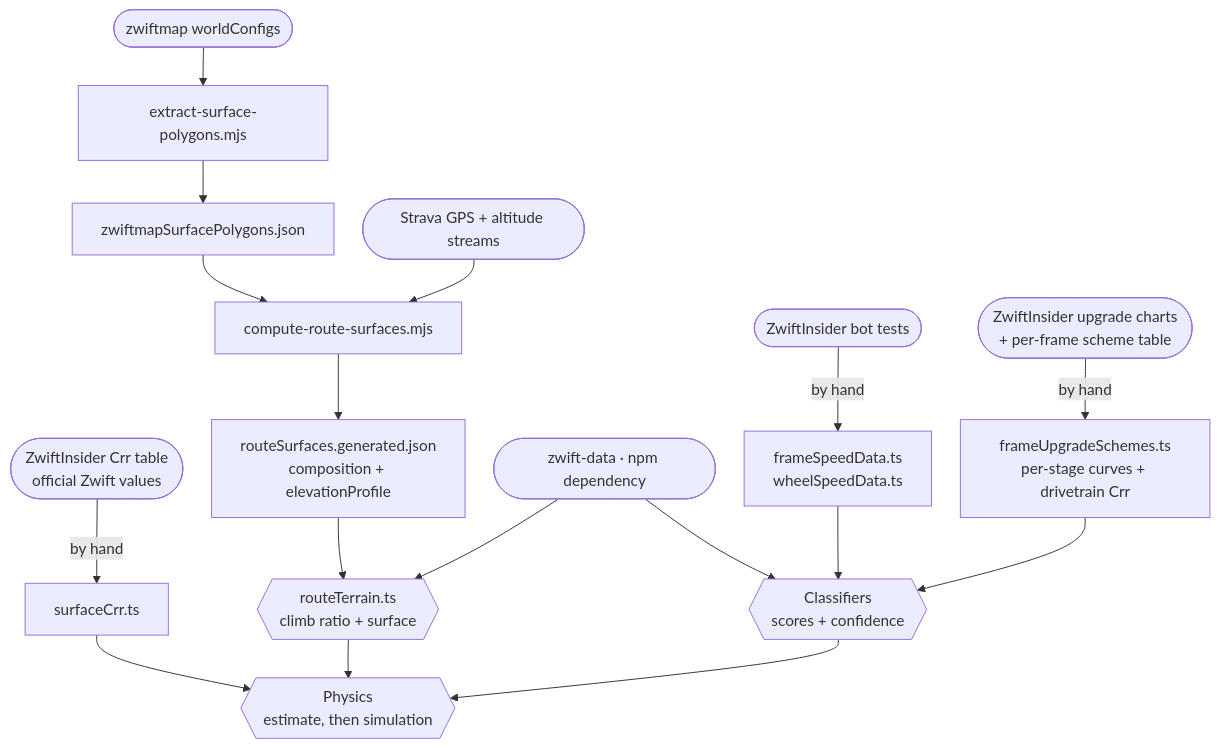
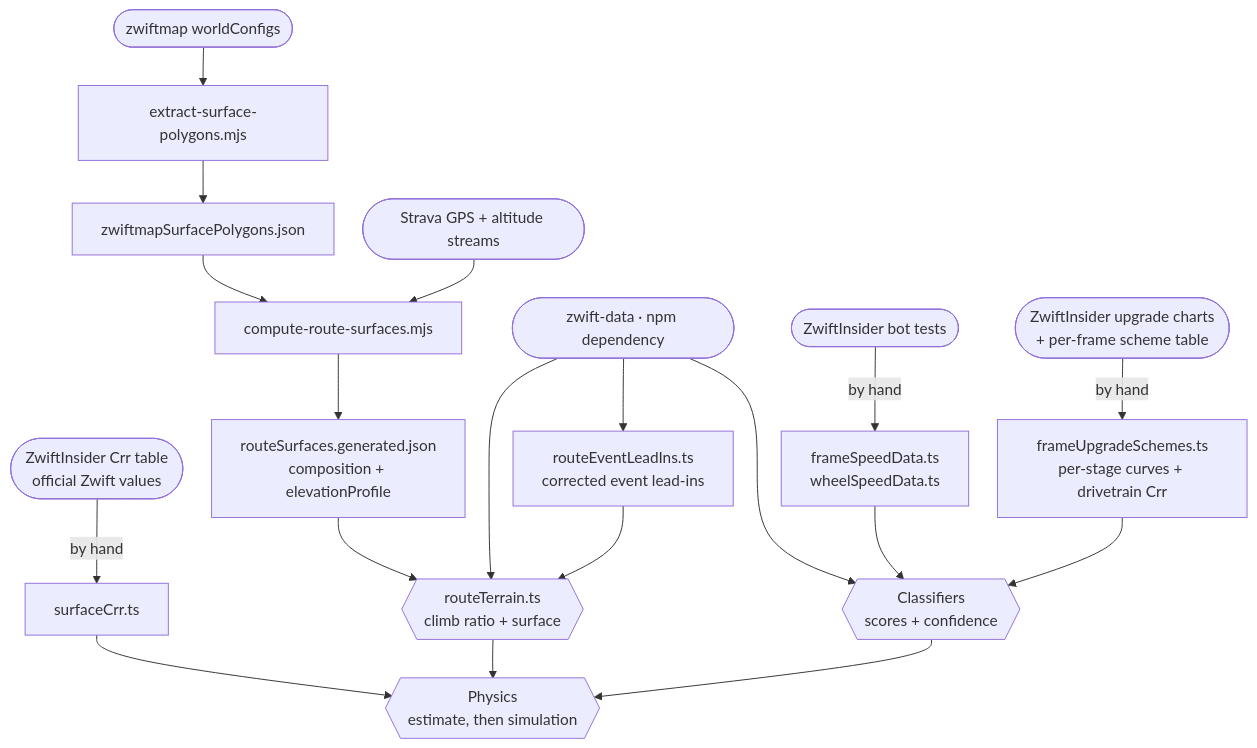
One commit to kjellrg/zwift-bikes changed the fourth of 5 diagrams in docs/physics-pipeline.md. Above: the diagram before and after it, drawn with Mermaid. The commit also changed other lines of this file and 24 other files, not shown here.

First line of the commit message:
Refute the sand hypothesis, correct three event lead-ins, and add a distance-exact validation set (#105)

````diff
--- a/docs/physics-pipeline.md
+++ b/docs/physics-pipeline.md
@@ -241,38 +242,41 @@
 ```mermaid
 %%{ init: { "flowchart": { "nodeSpacing": 30, "rankSpacing": 40 } } }%%
 flowchart TD
     ZM(["zwiftmap worldConfigs"])
     STRAVA(["Strava GPS + altitude streams"])
     ZI(["ZwiftInsider bot tests"])
     ZIUP(["ZwiftInsider upgrade charts<br/>+ per-frame scheme table"])
     ZICRR(["ZwiftInsider Crr table<br/>official Zwift values"])
     ZD(["zwift-data · npm dependency"])
 
     POLY["extract-surface-polygons.mjs"]
     COMPUTE["compute-route-surfaces.mjs"]
 
     GEN["routeSurfaces.generated.json<br/>composition + elevationProfile"]
     POLYJSON["zwiftmapSurfacePolygons.json"]
     SPEED["frameSpeedData.ts<br/>wheelSpeedData.ts"]
     UPGRADE["frameUpgradeSchemes.ts<br/>per-stage curves + drivetrain Crr"]
     CRR["surfaceCrr.ts"]
+    LEADIN["routeEventLeadIns.ts<br/>corrected event lead-ins"]
 
     TERRAIN{{"routeTerrain.ts<br/>climb ratio + surface"}}
     CLASSIFY{{"Classifiers<br/>scores + confidence"}}
     PHYS{{"Physics<br/>estimate, then simulation"}}
 
     ZM --> POLY --> POLYJSON --> COMPUTE
     STRAVA --> COMPUTE --> GEN
     ZI -- "by hand" --> SPEED
     ZIUP -- "by hand" --> UPGRADE
     ZICRR -- "by hand" --> CRR
 
     GEN --> TERRAIN
     ZD --> TERRAIN
+    ZD --> LEADIN
+    LEADIN --> TERRAIN
     ZD --> CLASSIFY
     SPEED --> CLASSIFY
     UPGRADE --> CLASSIFY
     CRR --> PHYS
     TERRAIN --> PHYS
     CLASSIFY --> PHYS
 ```
````
